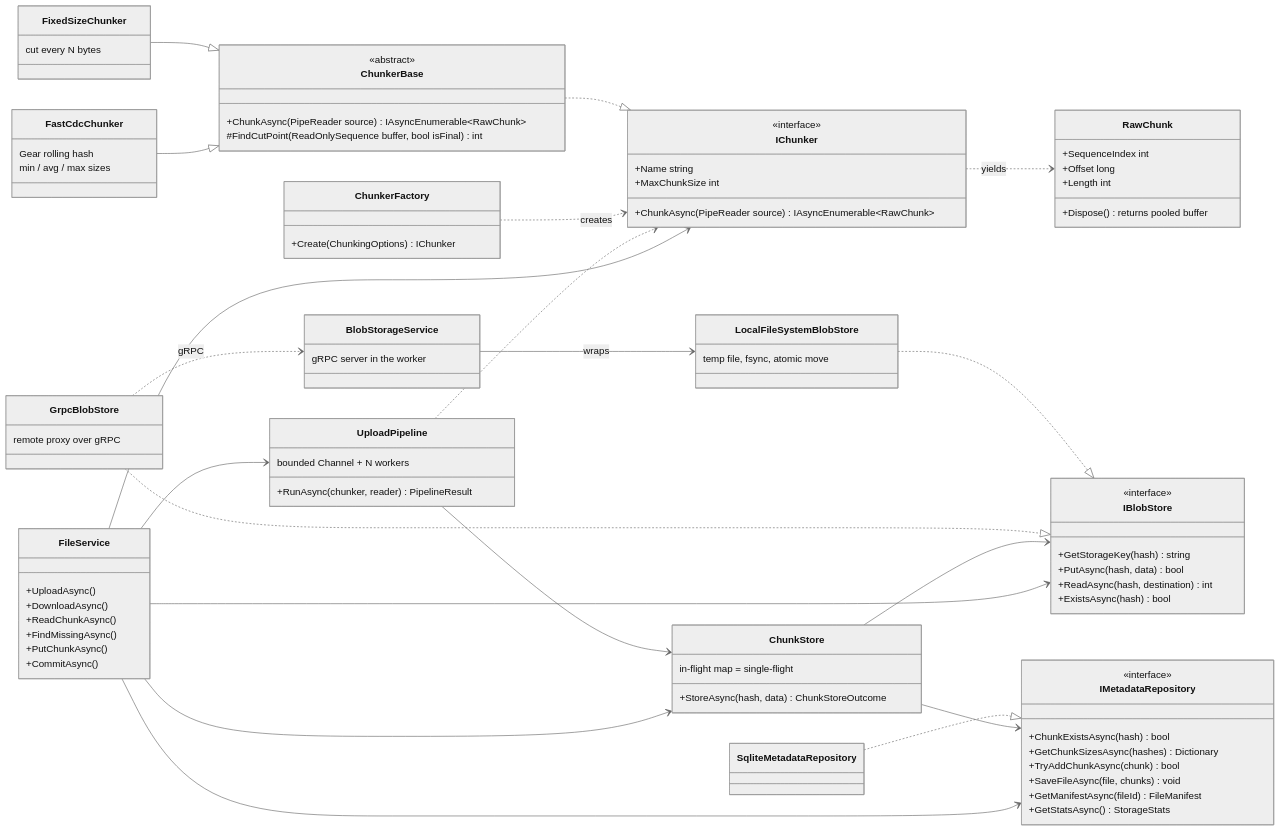
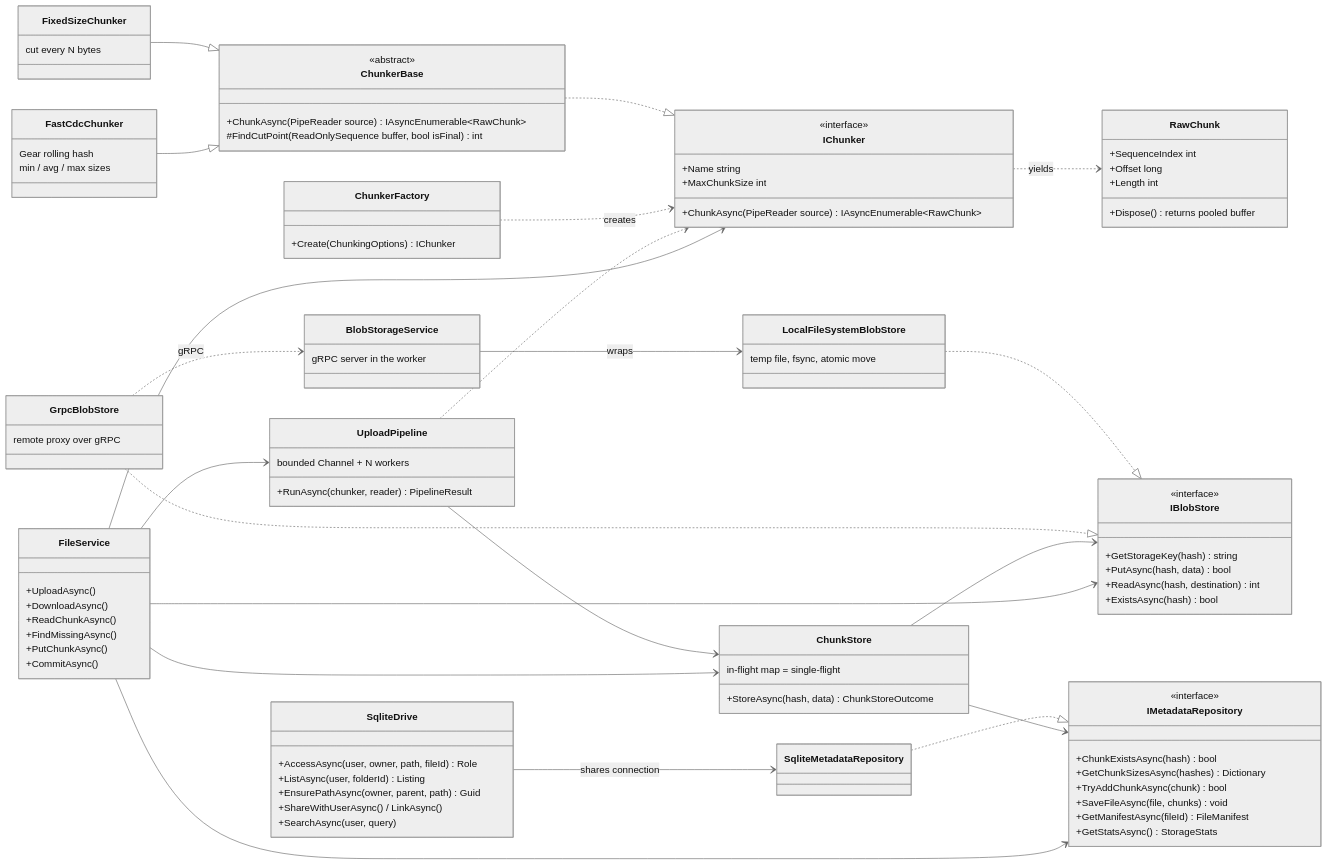
The third of 15 diagrams in docs/VISUALIZATION.md (havish-coder/Drive), drawn with Mermaid (neutral theme) before and after one commit. The commit also changed other lines of this file and 25 other files, not shown here.

````diff
--- a/docs/VISUALIZATION.md
+++ b/docs/VISUALIZATION.md
@@ -202,4 +208,13 @@
   FileService --> IBlobStore
   FileService --> IMetadataRepository
   FileService --> IChunker
+
+  class SqliteDrive {
+    +AccessAsync(user, owner, path, fileId) Role
+    +ListAsync(user, folderId) Listing
+    +EnsurePathAsync(owner, parent, path) Guid
+    +ShareWithUserAsync() / LinkAsync()
+    +SearchAsync(user, query)
+  }
+  SqliteDrive --> SqliteMetadataRepository : shares connection
 ```
````
